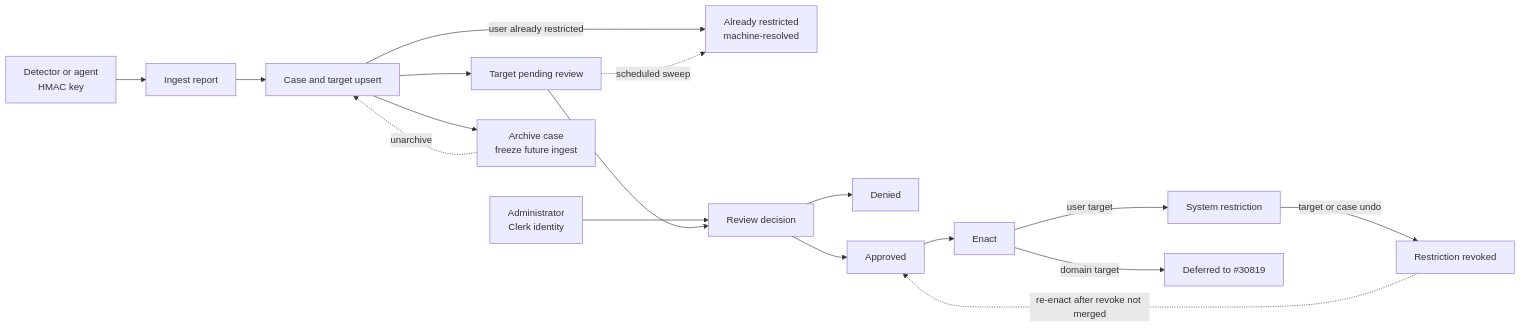
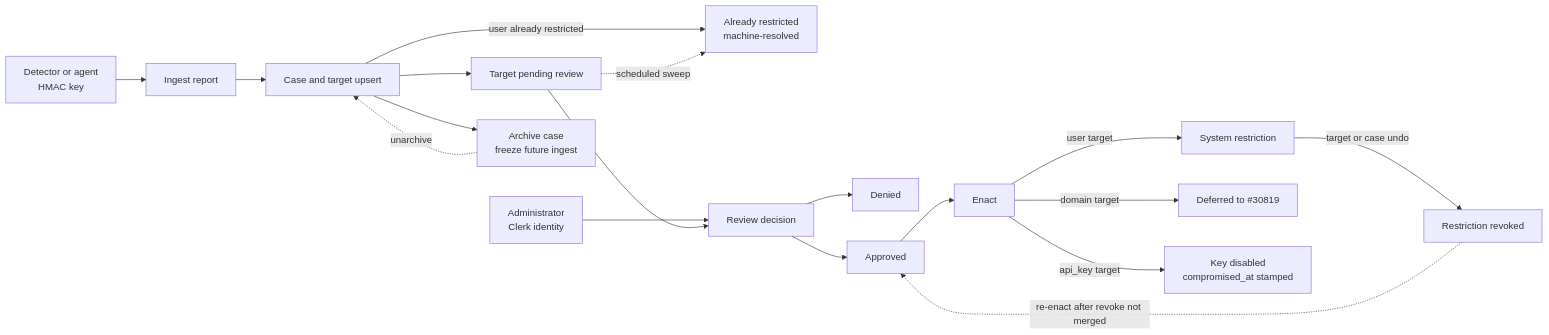
Before and after one commit to OpenRouterTeam/docs: the third of 3 diagrams in packages/kyc/sentinel/SPEC.md, drawn with Mermaid. The commit also changed other lines of this file and 11 other files, not shown here.

````diff
--- a/packages/kyc/sentinel/SPEC.md
+++ b/packages/kyc/sentinel/SPEC.md
@@ -334,19 +339,20 @@
 ```mermaid
 flowchart LR
   MACHINE["Detector or agent<br/>HMAC key"] --> INGEST["Ingest report"]
   INGEST --> CASE["Case and target upsert"]
   CASE --> PENDING["Target pending review"]
   CASE -->|"user already restricted"| ALREADY["Already restricted<br/>machine-resolved"]
   PENDING -. "scheduled sweep" .-> ALREADY
   HUMAN["Administrator<br/>Clerk identity"] --> REVIEW["Review decision"]
   PENDING --> REVIEW
   REVIEW --> DENIED["Denied"]
   REVIEW --> APPROVED["Approved"]
   APPROVED --> ENACT["Enact"]
   ENACT -->|"user target"| RESTRICTION["System restriction"]
   ENACT -->|"domain target"| DOMAIN_ENACT["Deferred to #30819"]
+  ENACT -->|"api_key target"| KEY_DISABLE["Key disabled<br/>compromised_at stamped"]
   CASE --> ARCHIVE["Archive case<br/>freeze future ingest"]
   ARCHIVE -. "unarchive" .-> CASE
   RESTRICTION -->|"target or case undo"| REVOKED["Restriction revoked"]
   REVOKED -. "re-enact after revoke not merged" .-> APPROVED
 ```
````
